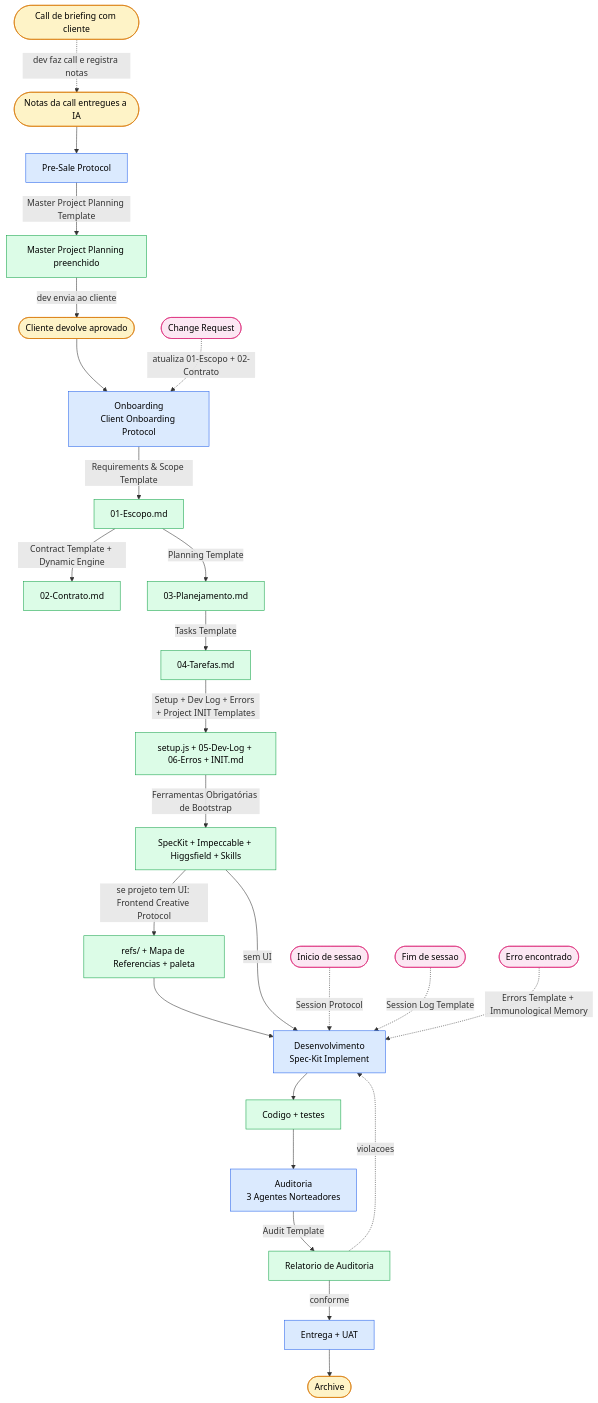
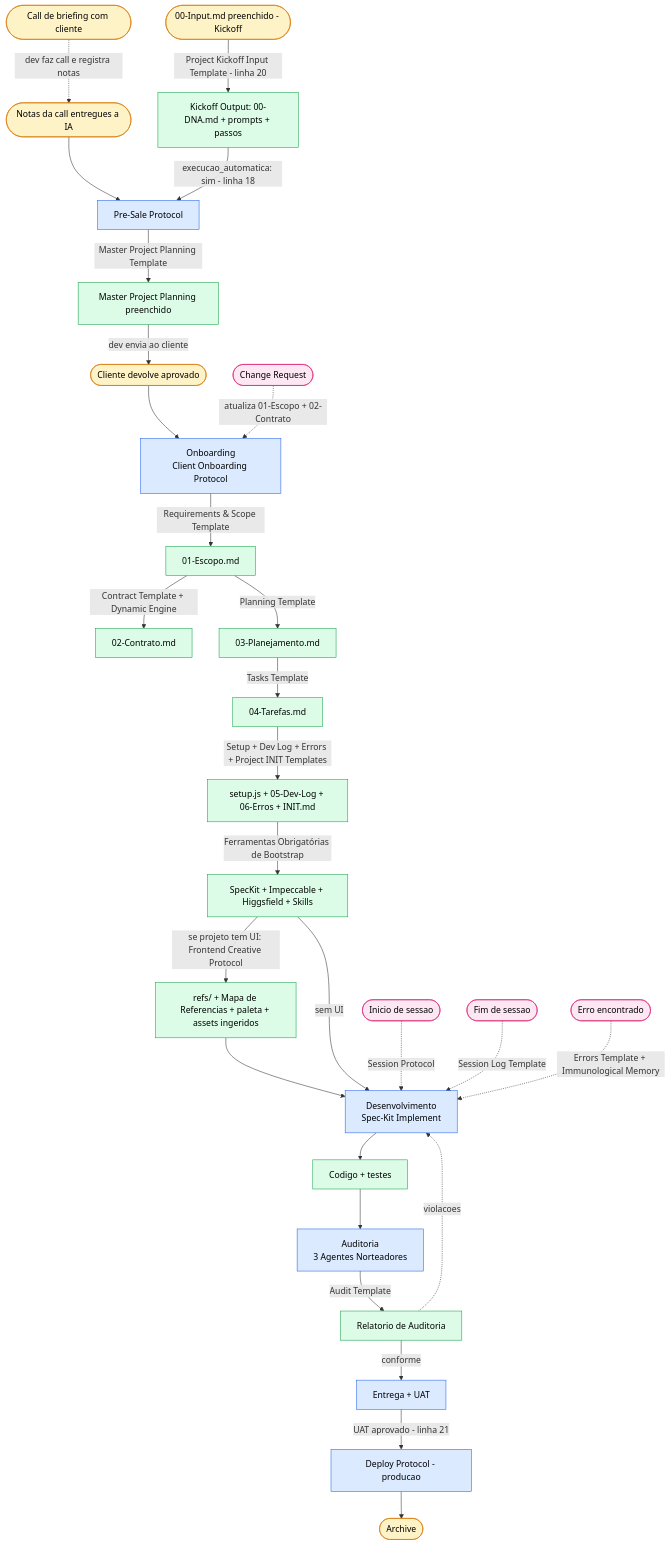
The diagram in Dev/0 - Planner Project/Master Pipeline & Enforcement.md (JoseLuizMendes/Dev), drawn with Mermaid before and after one commit. The commit also changed other lines of this file and 10 other files, not shown here.

````diff
--- a/Dev/0 - Planner Project/Master Pipeline & Enforcement.md
+++ b/Dev/0 - Planner Project/Master Pipeline & Enforcement.md
@@ -25,58 +25,64 @@
 ```mermaid
 flowchart TD
     classDef trigger fill:#fef3c7,stroke:#d97706,color:#000
     classDef phase fill:#dbeafe,stroke:#2563eb,color:#000
     classDef artifact fill:#dcfce7,stroke:#16a34a,color:#000
     classDef session fill:#fce7f3,stroke:#db2777,color:#000
 
     T0([Call de briefing com cliente]):::trigger
     T1([Notas da call entregues a IA]):::trigger
+    Kick([00-Input.md preenchido - Kickoff]):::trigger
+    DNA[Kickoff Output: 00-DNA.md + prompts + passos]:::artifact
     F0[Pre-Sale Protocol]:::phase
     DocBrief[Master Project Planning preenchido]:::artifact
     Cli([Cliente devolve aprovado]):::trigger
     F1[Onboarding<br/>Client Onboarding Protocol]:::phase
     O1[01-Escopo.md]:::artifact
     O2[02-Contrato.md]:::artifact
     O3[03-Planejamento.md]:::artifact
     O4[04-Tarefas.md]:::artifact
     O5[setup.js + 05-Dev-Log + 06-Erros + INIT.md]:::artifact
     F2[Desenvolvimento<br/>Spec-Kit Implement]:::phase
     Cod[Codigo + testes]:::artifact
     F3[Auditoria<br/>3 Agentes Norteadores]:::phase
     Rel[Relatorio de Auditoria]:::artifact
     F4[Entrega + UAT]:::phase
     Arc([Archive]):::trigger
 
     Boot([Inicio de sessao]):::session
     Shut([Fim de sessao]):::session
     Err([Erro encontrado]):::session
     CR([Change Request]):::session
 
     T0 -.->|dev faz call e registra notas| T1
     T1 --> F0
+    Kick -->|Project Kickoff Input Template - linha 20| DNA
+    DNA -->|execucao_automatica: sim - linha 18| F0
     F0 -->|Master Project Planning Template| DocBrief
     DocBrief -->|dev envia ao cliente| Cli
     Cli --> F1
     F1 -->|Requirements & Scope Template| O1
     O1 -->|Contract Template + Dynamic Engine| O2
     O1 -->|Planning Template| O3
     O3 -->|Tasks Template| O4
     O4 -->|Setup + Dev Log + Errors + Project INIT Templates| O5
     Tooling[SpecKit + Impeccable + Higgsfield + Skills]:::artifact
     O5 -->|Ferramentas Obrigatórias de Bootstrap| Tooling
-    Refs[refs/ + Mapa de Referencias + paleta]:::artifact
+    Refs[refs/ + Mapa de Referencias + paleta + assets ingeridos]:::artifact
     Tooling -->|se projeto tem UI: Frontend Creative Protocol| Refs
     Refs --> F2
     Tooling -->|sem UI| F2
     F2 --> Cod
     Cod --> F3
     F3 -->|Audit Template| Rel
     Rel -.->|violacoes| F2
     Rel -->|conforme| F4
-    F4 --> Arc
+    Dep[Deploy Protocol - producao]:::phase
+    F4 -->|UAT aprovado - linha 21| Dep
+    Dep --> Arc
 
     Boot -.->|Session Protocol| F2
     Shut -.->|Session Log Template| F2
     Err -.->|Errors Template + Immunological Memory| F2
     CR -.->|atualiza 01-Escopo + 02-Contrato| F1
 ```
````
